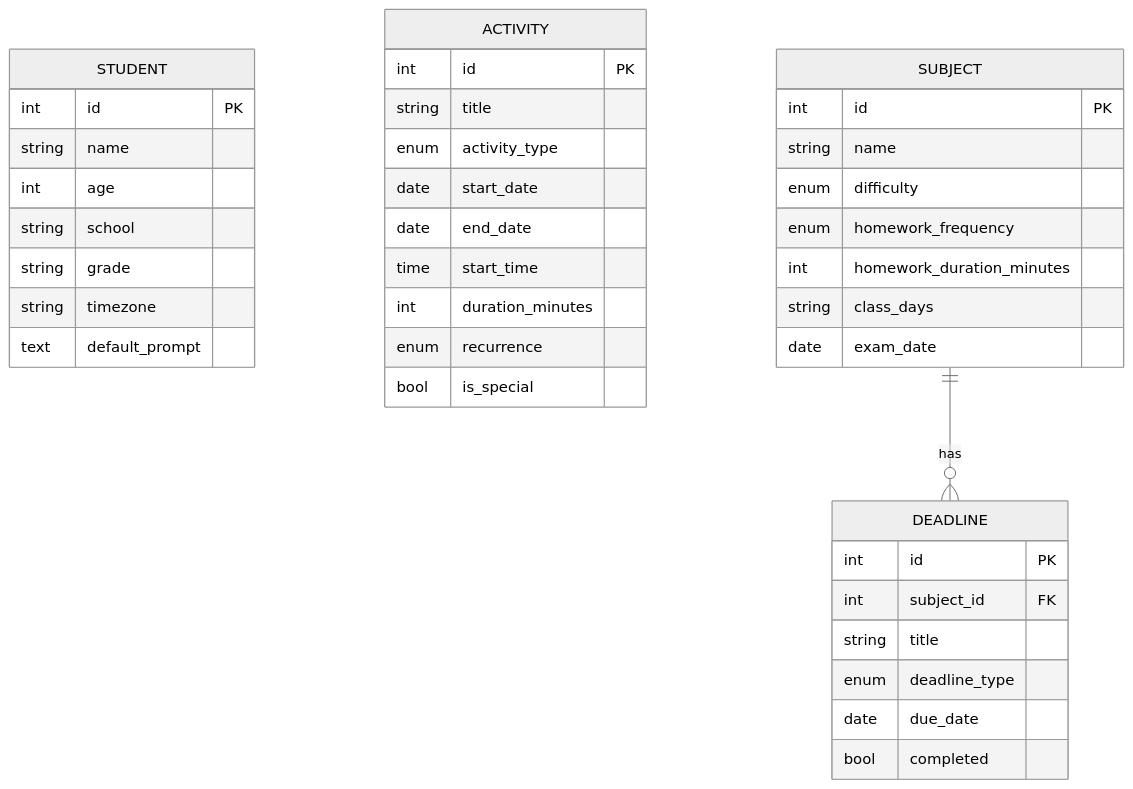
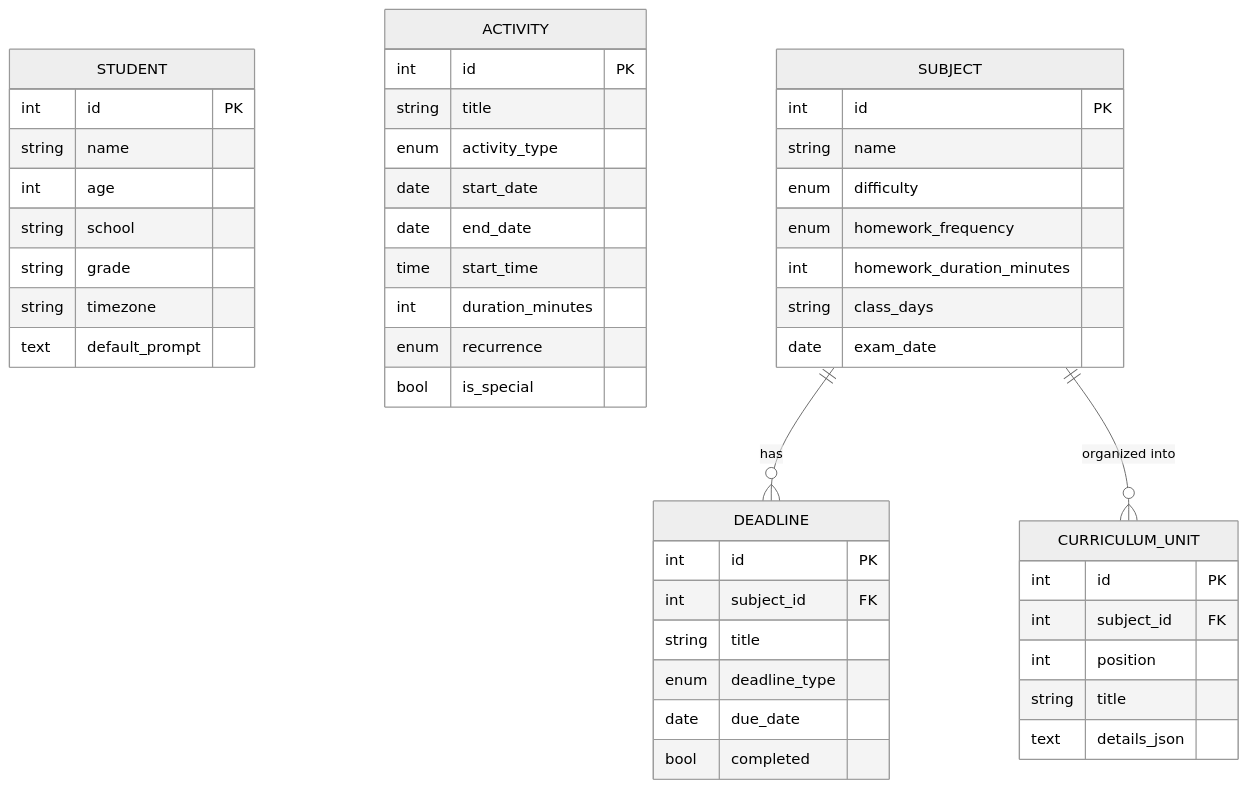
Before and after one commit to vahxa-ai/vahxa-student: the second of 2 diagrams in README.md, drawn with Mermaid (neutral theme). The commit also changed other lines of this file and 17 other files, not shown here.

First line of the commit message:
Add subject curriculum with AI unit notes; support service-account key

````diff
--- a/README.md
+++ b/README.md
@@ -66,42 +67,51 @@
 ```mermaid
 erDiagram
     STUDENT {
         int id PK
         string name
         int age
         string school
         string grade
         string timezone
         text default_prompt
     }
     ACTIVITY {
         int id PK
         string title
         enum activity_type
         date start_date
         date end_date
         time start_time
         int duration_minutes
         enum recurrence
         bool is_special
     }
     SUBJECT {
         int id PK
         string name
         enum difficulty
         enum homework_frequency
         int homework_duration_minutes
         string class_days
         date exam_date
     }
     DEADLINE {
         int id PK
         int subject_id FK
         string title
         enum deadline_type
         date due_date
         bool completed
     }
 
+    CURRICULUM_UNIT {
+        int id PK
+        int subject_id FK
+        int position
+        string title
+        text details_json
+    }
+
     SUBJECT ||--o{ DEADLINE : "has"
+    SUBJECT ||--o{ CURRICULUM_UNIT : "organized into"
 ```
````
